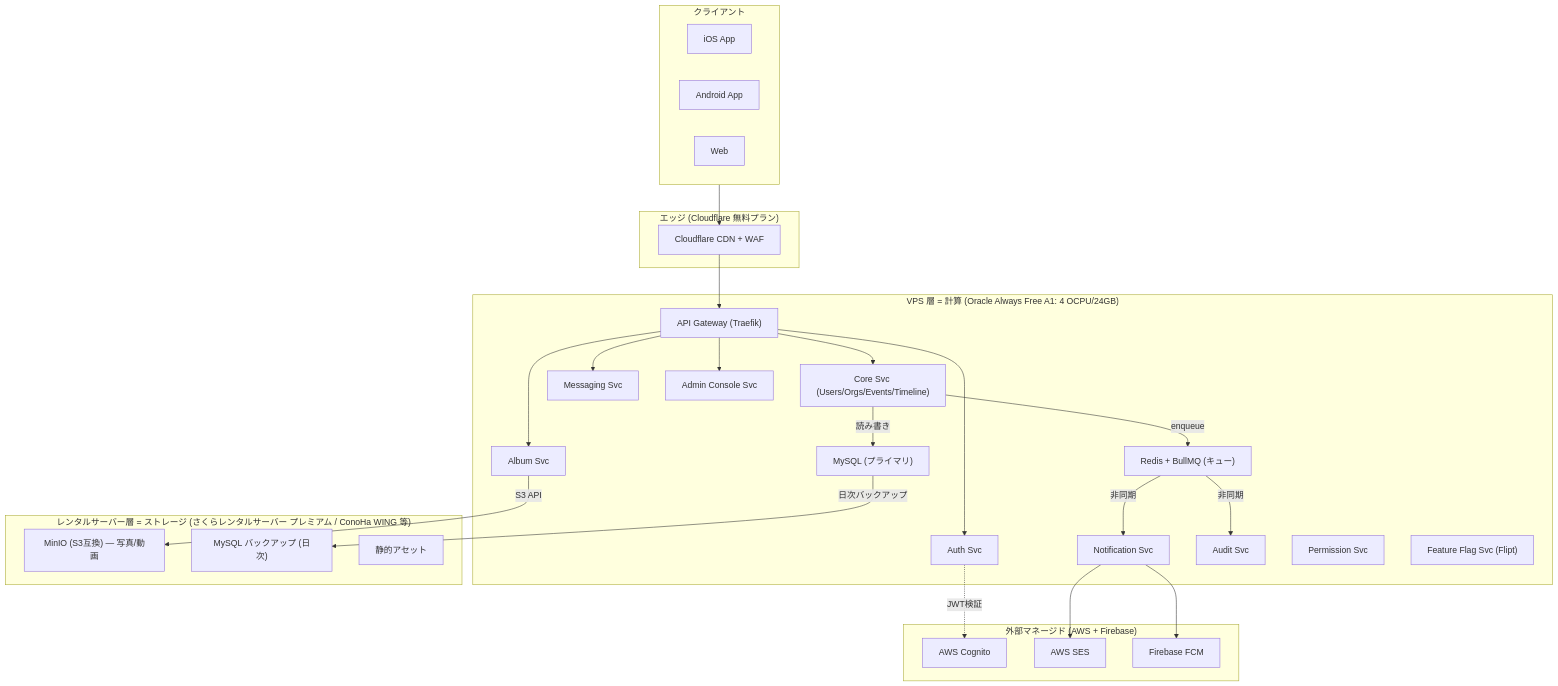
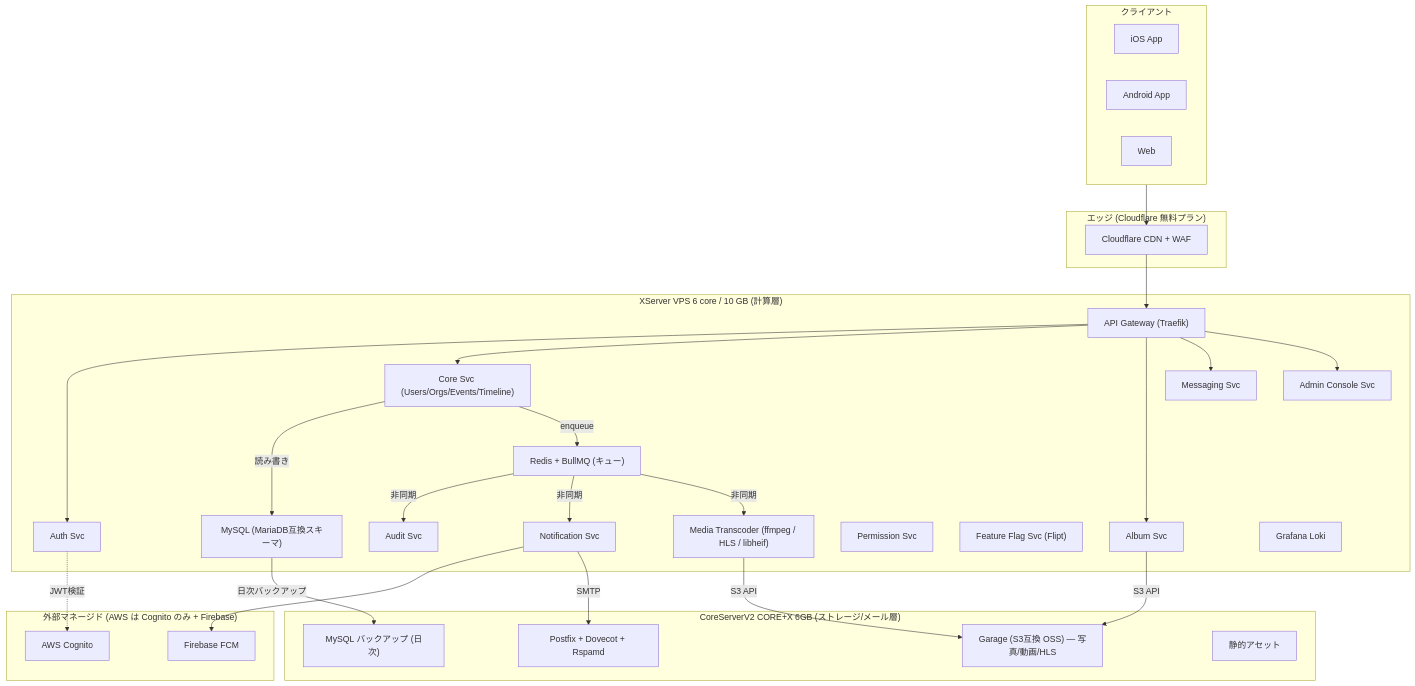
The first of 2 diagrams in docs/core/deployment-strategy.md (Willen-Federation/Recerdo-Developers-Docs), drawn with Mermaid before and after one commit. The commit also changed other lines of this file and 44 other files, not shown here.

````diff
--- a/docs/core/deployment-strategy.md
+++ b/docs/core/deployment-strategy.md
@@ -81,56 +89,60 @@
 ```mermaid
 flowchart TB
   subgraph Client["クライアント"]
     iOS["iOS App"]
     Android["Android App"]
     Web["Web"]
   end
 
   subgraph Edge["エッジ (Cloudflare 無料プラン)"]
     CF["Cloudflare CDN + WAF"]
   end
 
-  subgraph VPS["VPS 層 = 計算 (Oracle Always Free A1: 4 OCPU/24GB)"]
+  subgraph VPS["XServer VPS 6 core / 10 GB (計算層)"]
     GW["API Gateway (Traefik)"]
     Auth["Auth Svc"]
     Core["Core Svc (Users/Orgs/Events/Timeline)"]
     Album["Album Svc"]
+    Media["Media Transcoder (ffmpeg / HLS / libheif)"]
     Msg["Messaging Svc"]
     Notif["Notification Svc"]
     Audit["Audit Svc"]
     Perm["Permission Svc"]
     Admin["Admin Console Svc"]
     FF["Feature Flag Svc (Flipt)"]
     Queue["Redis + BullMQ (キュー)"]
-    DB["MySQL (プライマリ)"]
+    DB["MySQL (MariaDB互換スキーマ)"]
+    Loki["Grafana Loki"]
   end
 
-  subgraph Rental["レンタルサーバー層 = ストレージ (さくらレンタルサーバー プレミアム / ConoHa WING 等)"]
-    MinIO["MinIO (S3互換) — 写真/動画"]
+  subgraph Rental["CoreServerV2 CORE+X 6GB (ストレージ/メール層)"]
+    Garage["Garage (S3互換 OSS) — 写真/動画/HLS"]
+    Mail["Postfix + Dovecot + Rspamd"]
     Backup["MySQL バックアップ (日次)"]
     StaticAssets["静的アセット"]
   end
 
-  subgraph External["外部マネージド (AWS + Firebase)"]
+  subgraph External["外部マネージド (AWS は Cognito のみ + Firebase)"]
     Cognito["AWS Cognito"]
-    SES["AWS SES"]
     FCM["Firebase FCM"]
   end
 
   Client --> CF
   CF --> GW
   GW --> Auth
   GW --> Core
   GW --> Album
   GW --> Msg
   GW --> Admin
   Auth -.JWT検証.-> Cognito
-  Album -- S3 API --> MinIO
+  Album -- S3 API --> Garage
+  Media -- S3 API --> Garage
   Core -- 読み書き --> DB
   Core -- enqueue --> Queue
   Queue -- 非同期 --> Audit
   Queue -- 非同期 --> Notif
+  Queue -- 非同期 --> Media
   Notif --> FCM
-  Notif --> SES
+  Notif -- SMTP --> Mail
   DB -- 日次バックアップ --> Backup
 ```
````
